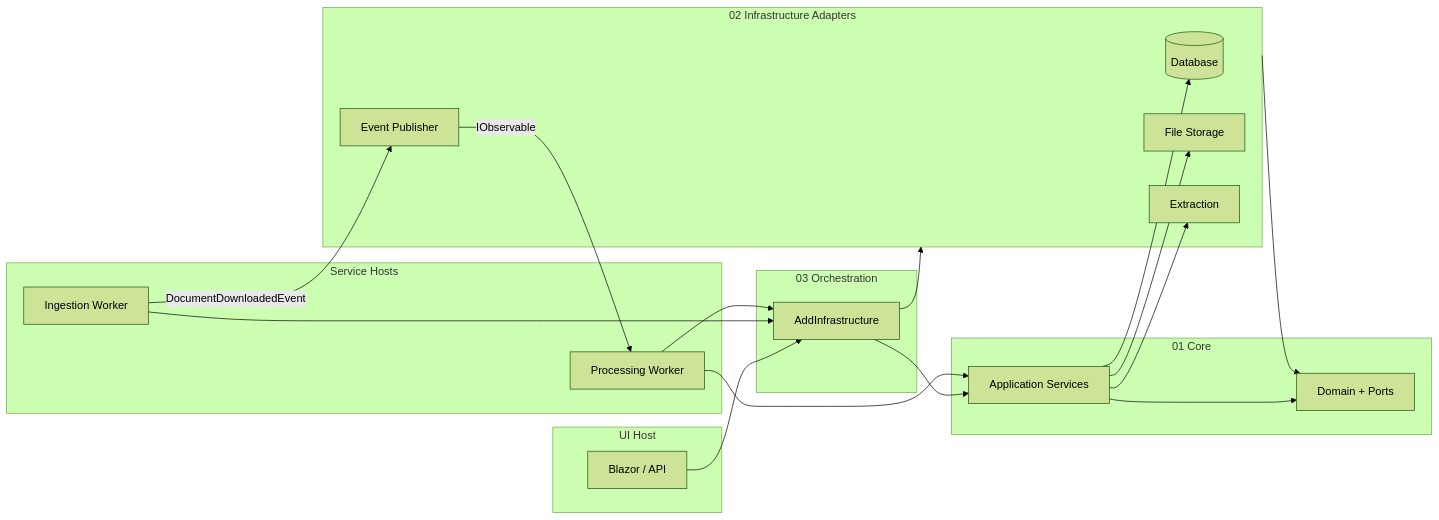
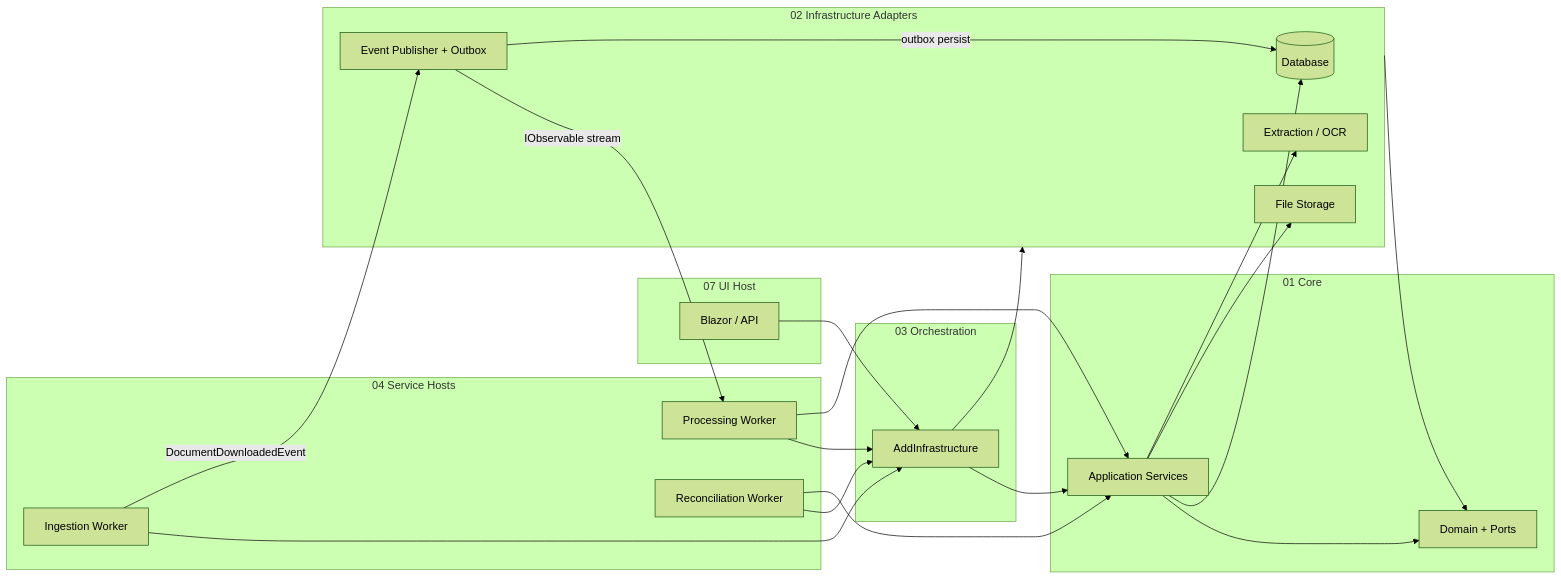
One commit to hebelmx/ExxerCube.Prisma changed the diagram in ARCHITECTURE_AND_SOLUTION_GUIDELINES.md. Above: the diagram before and after it, drawn with Mermaid (forest theme). The commit also changed other lines of this file and 20 other files, not shown here.

````diff
--- a/ARCHITECTURE_AND_SOLUTION_GUIDELINES.md
+++ b/ARCHITECTURE_AND_SOLUTION_GUIDELINES.md
@@ -672,41 +711,45 @@
 ```mermaid
 flowchart LR
-    subgraph UI["UI Host"]
+    subgraph UI["07 UI Host"]
         Blazor[Blazor / API]
     end
 
-    subgraph Workers["Service Hosts"]
+    subgraph Workers["04 Service Hosts"]
         Ingestion[Ingestion Worker]
         Processing[Processing Worker]
+        Reconcile[Reconciliation Worker]
     end
 
     subgraph Core["01 Core"]
         App[Application Services]
         Domain[Domain + Ports]
     end
 
     subgraph Infra["02 Infrastructure Adapters"]
         DB[(Database)]
         Storage[File Storage]
-        Extract[Extraction]
-        Events[Event Publisher]
+        Extract[Extraction / OCR]
+        Events[Event Publisher + Outbox]
     end
 
     subgraph Orch["03 Orchestration"]
         DI[AddInfrastructure]
     end
 
     Blazor --> DI
     Ingestion --> DI
     Processing --> DI
+    Reconcile --> DI
     DI --> App
     App --> Domain
     DI --> Infra
     Infra --> Domain
     Ingestion -->|DocumentDownloadedEvent| Events
-    Events -->|IObservable| Processing
+    Events -->|IObservable stream| Processing
+    Events -->|outbox persist| DB
     Processing --> App
+    Reconcile --> App
     App --> DB
     App --> Storage
     App --> Extract
 ```
````
